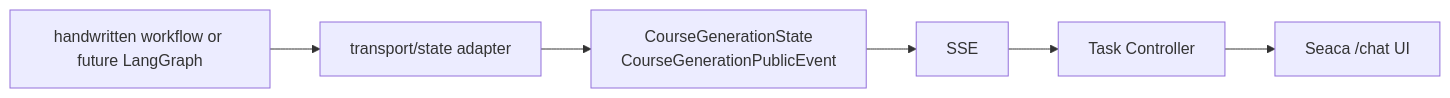
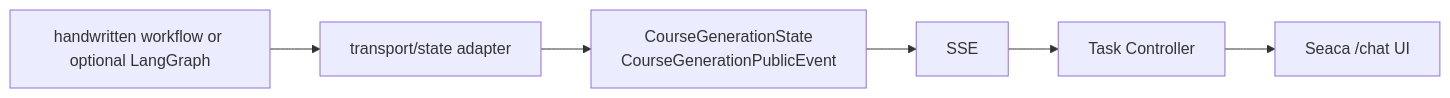
The third of 3 diagrams in docs/architecture/multi-agent-flow.md (dxj-fe/ai-course-generator), drawn with Mermaid before and after one commit. The commit also changed other lines of this file and 35 other files, not shown here.

````diff
--- a/docs/architecture/multi-agent-flow.md
+++ b/docs/architecture/multi-agent-flow.md
@@ -226,8 +228,8 @@
 ```mermaid
 flowchart LR
-  Runtime["handwritten workflow or future LangGraph"] --> Adapter["transport/state adapter"]
+  Runtime["handwritten workflow or optional LangGraph"] --> Adapter["transport/state adapter"]
   Adapter --> Shared["CourseGenerationState<br/>CourseGenerationPublicEvent"]
   Shared --> SSE["SSE"]
   SSE --> Controller["Task Controller"]
   Controller --> UI["Seaca /chat UI"]
 ```
````
